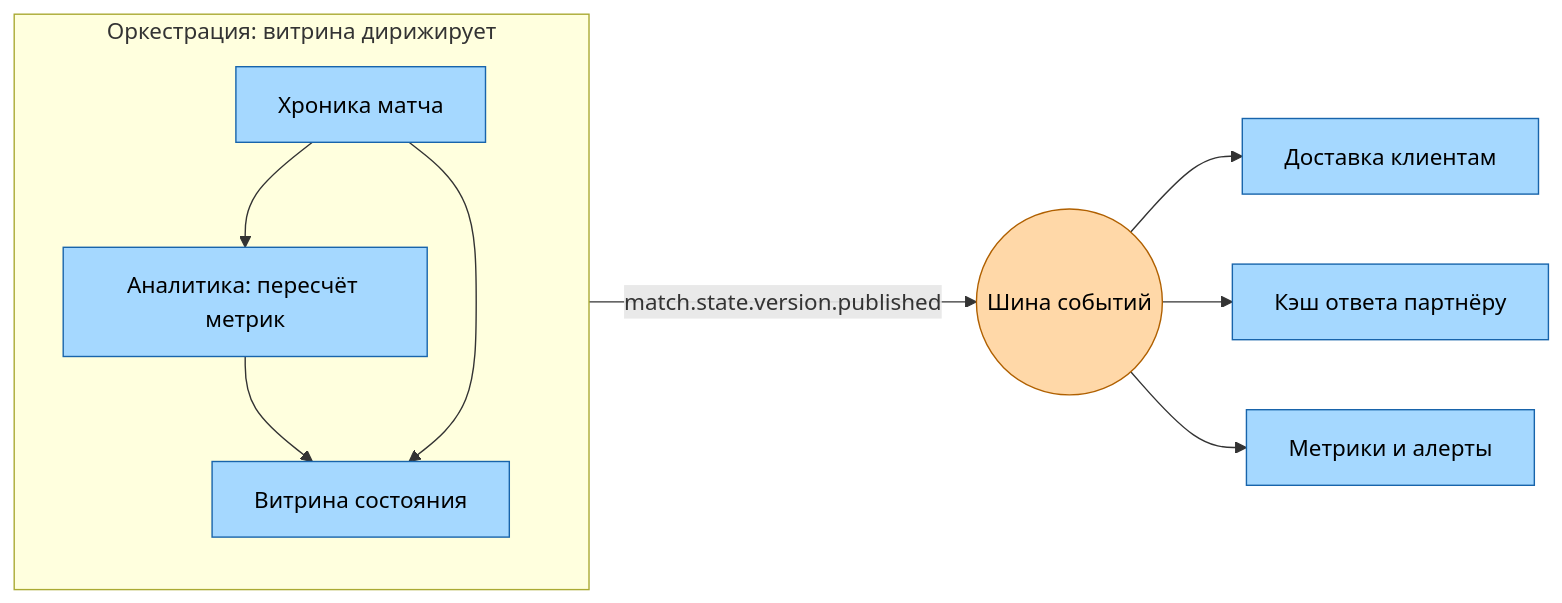
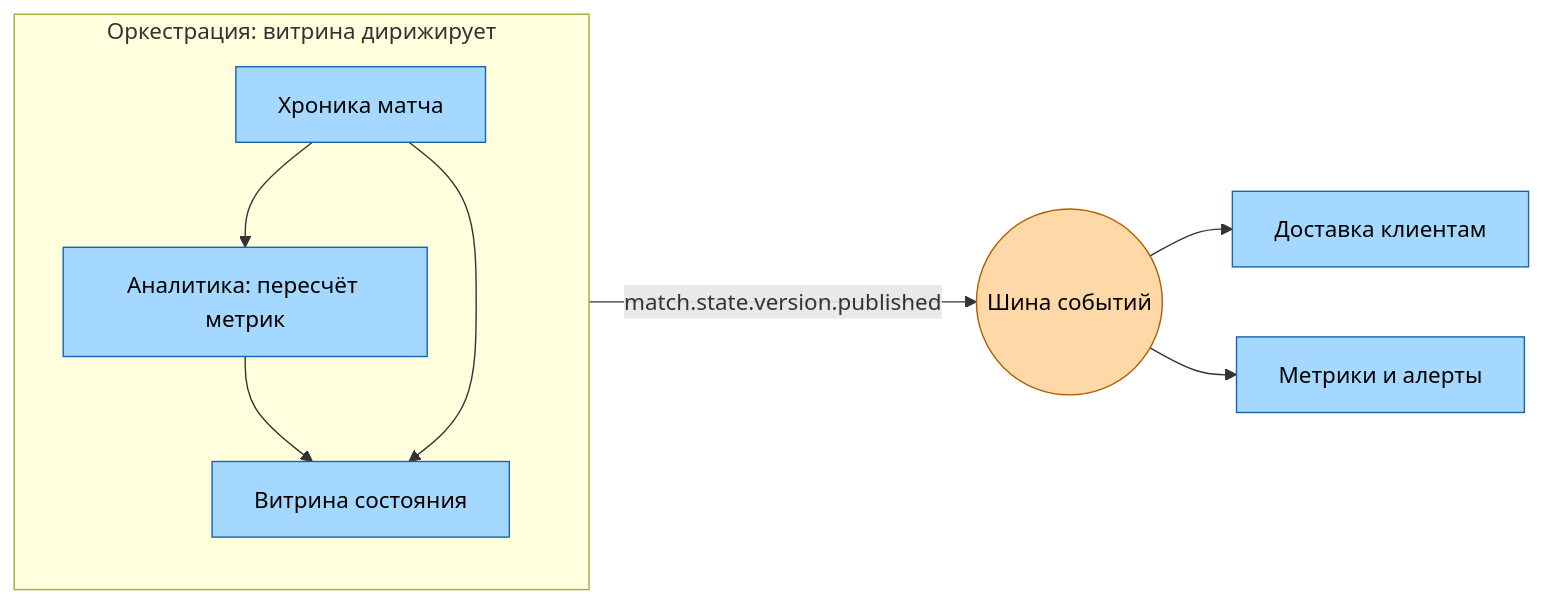
Before and after one commit to a-polunin/realtime-dashboard-otus: the diagram in docs/18-sync-async.md, drawn with Mermaid. The commit also changed other lines of this file and 2 other files, not shown here.

````diff
--- a/docs/18-sync-async.md
+++ b/docs/18-sync-async.md
@@ -59,19 +59,18 @@
 ```mermaid
 flowchart LR
     subgraph ORCH["Оркестрация: витрина дирижирует"]
         direction TB
         HR[Хроника матча] --> AN[Аналитика: пересчёт метрик]
         AN --> VS[Витрина состояния]
         HR --> VS
     end
 
     VS -- "match.state.version.published" --> BUS(("Шина событий"))
     BUS --> DL[Доставка клиентам]
-    BUS --> PC[Кэш ответа партнёру]
     BUS --> MT[Метрики и алерты]
 
     classDef n fill:#a5d8ff,stroke:#1864ab,color:#000
     classDef e fill:#ffd8a8,stroke:#b06000,color:#000
-    class HR,AN,VS,DL,PC,MT n
+    class HR,AN,VS,DL,MT n
     class BUS e
 ```
````
